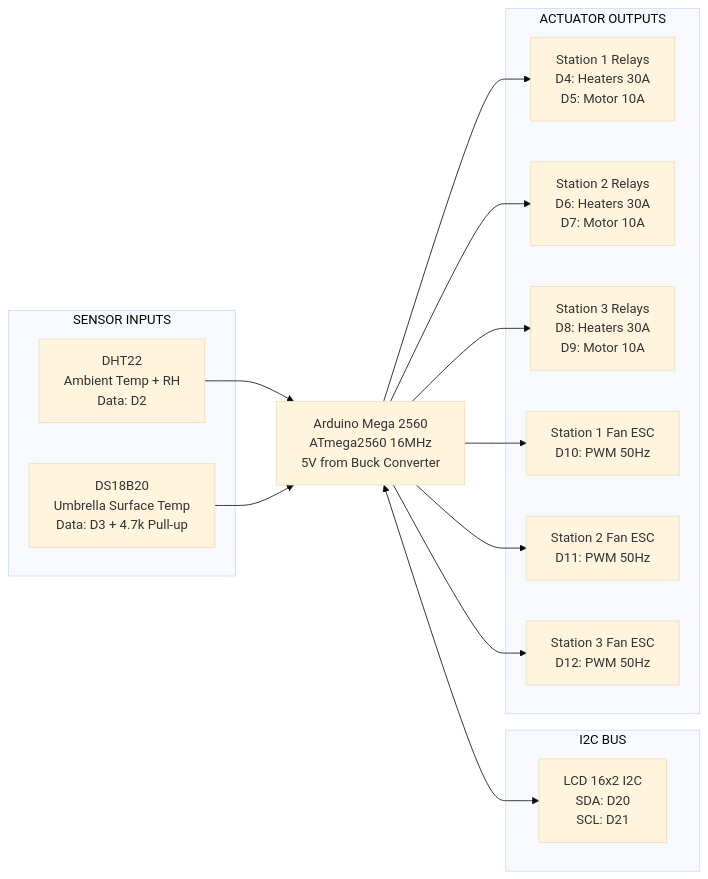
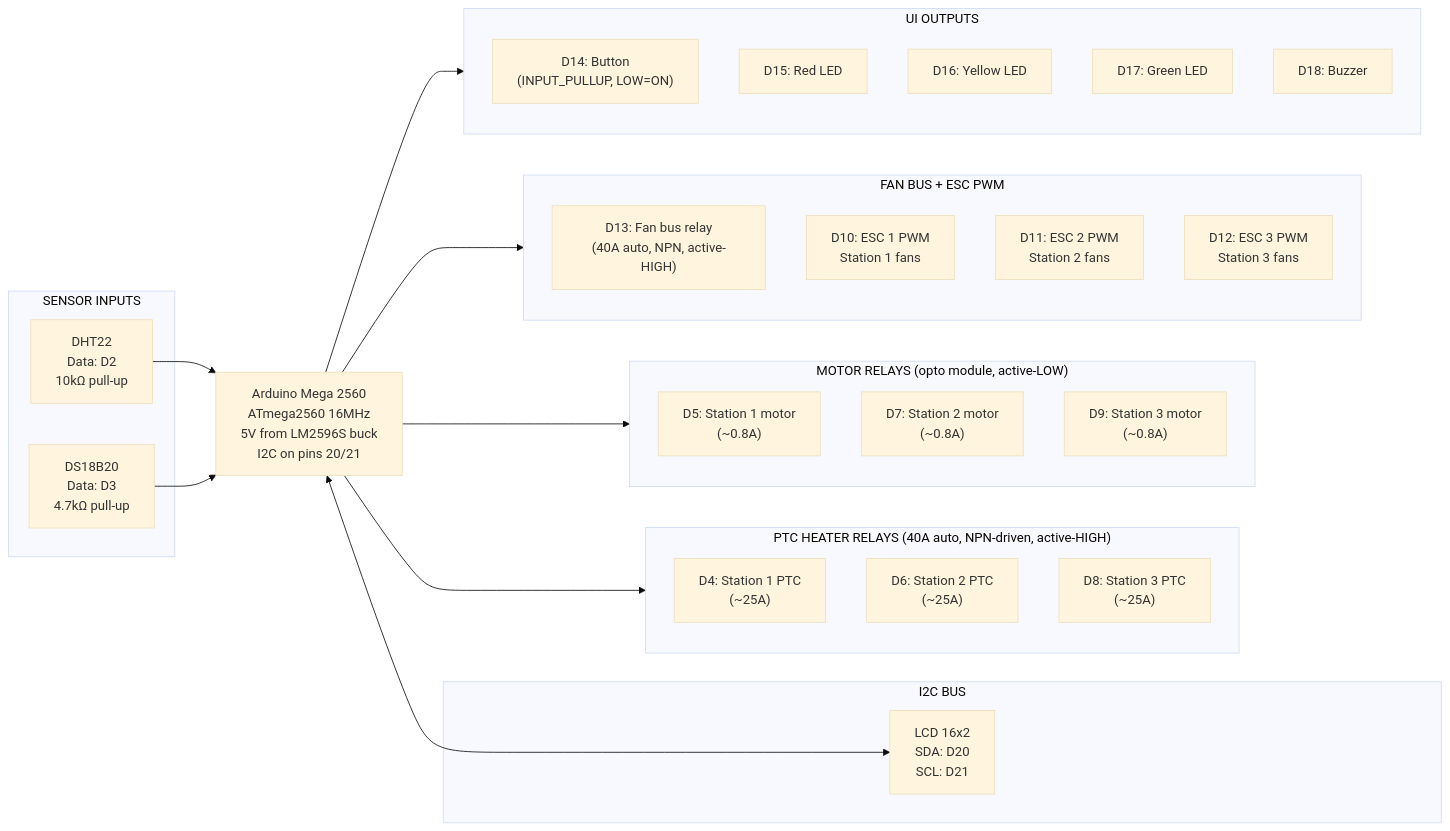
The fourth of 4 diagrams in docs/BLOCK-DIAGRAM.md (qppd/umbrella-dryer-v2), drawn with Mermaid (base theme) before and after one commit. The commit also changed other lines of this file and 14 other files, not shown here.

````diff
--- a/docs/BLOCK-DIAGRAM.md
+++ b/docs/BLOCK-DIAGRAM.md
@@ -160,32 +169,48 @@
 ```mermaid
 flowchart LR
     subgraph IN["SENSOR INPUTS"]
-        DHT["DHT22<br/>Ambient Temp + RH<br/>Data: D2"]
-        DS["DS18B20<br/>Umbrella Surface Temp<br/>Data: D3 + 4.7k Pull-up"]
+        DHT["DHT22<br/>Data: D2<br/>10kΩ pull-up"]
+        DS["DS18B20<br/>Data: D3<br/>4.7kΩ pull-up"]
     end
 
-    MEGA["Arduino Mega 2560<br/>ATmega2560 16MHz<br/>5V from Buck Converter"]
+    MEGA["Arduino Mega 2560<br/>ATmega2560 16MHz<br/>5V from LM2596S buck<br/>I2C on pins 20/21"]
 
     subgraph I2C["I2C BUS"]
-        LCD["LCD 16x2 I2C<br/>SDA: D20<br/>SCL: D21"]
+        LCD["LCD 16x2<br/>SDA: D20<br/>SCL: D21"]
     end
 
-    subgraph OUT["ACTUATOR OUTPUTS"]
-        R1["Station 1 Relays<br/>D4: Heaters 30A<br/>D5: Motor 10A"]
-        R2["Station 2 Relays<br/>D6: Heaters 30A<br/>D7: Motor 10A"]
-        R3["Station 3 Relays<br/>D8: Heaters 30A<br/>D9: Motor 10A"]
-        E1["Station 1 Fan ESC<br/>D10: PWM 50Hz"]
-        E2["Station 2 Fan ESC<br/>D11: PWM 50Hz"]
-        E3["Station 3 Fan ESC<br/>D12: PWM 50Hz"]
+    subgraph PTC_OUT["PTC HEATER RELAYS (40A auto, NPN-driven, active-HIGH)"]
+        R1["D4: Station 1 PTC<br/>(~25A)"]
+        R2["D6: Station 2 PTC<br/>(~25A)"]
+        R3["D8: Station 3 PTC<br/>(~25A)"]
+    end
+
+    subgraph MOT_OUT["MOTOR RELAYS (opto module, active-LOW)"]
+        M1["D5: Station 1 motor<br/>(~0.8A)"]
+        M2["D7: Station 2 motor<br/>(~0.8A)"]
+        M3["D9: Station 3 motor<br/>(~0.8A)"]
+    end
+
+    subgraph FAN_OUT["FAN BUS + ESC PWM"]
+        FB["D13: Fan bus relay<br/>(40A auto, NPN, active-HIGH)"]
+        E1["D10: ESC 1 PWM<br/>Station 1 fans"]
+        E2["D11: ESC 2 PWM<br/>Station 2 fans"]
+        E3["D12: ESC 3 PWM<br/>Station 3 fans"]
+    end
+
+    subgraph UI_OUT["UI OUTPUTS"]
+        BTN["D14: Button<br/>(INPUT_PULLUP, LOW=ON)"]
+        LED_R["D15: Red LED"]
+        LED_Y["D16: Yellow LED"]
+        LED_G["D17: Green LED"]
+        BUZ["D18: Buzzer"]
     end
 
     DHT --> MEGA
     DS --> MEGA
     MEGA <--> LCD
-    MEGA --> R1
-    MEGA --> R2
-    MEGA --> R3
-    MEGA --> E1
-    MEGA --> E2
-    MEGA --> E3
+    MEGA --> PTC_OUT
+    MEGA --> MOT_OUT
+    MEGA --> FAN_OUT
+    MEGA --> UI_OUT
 ```
````
